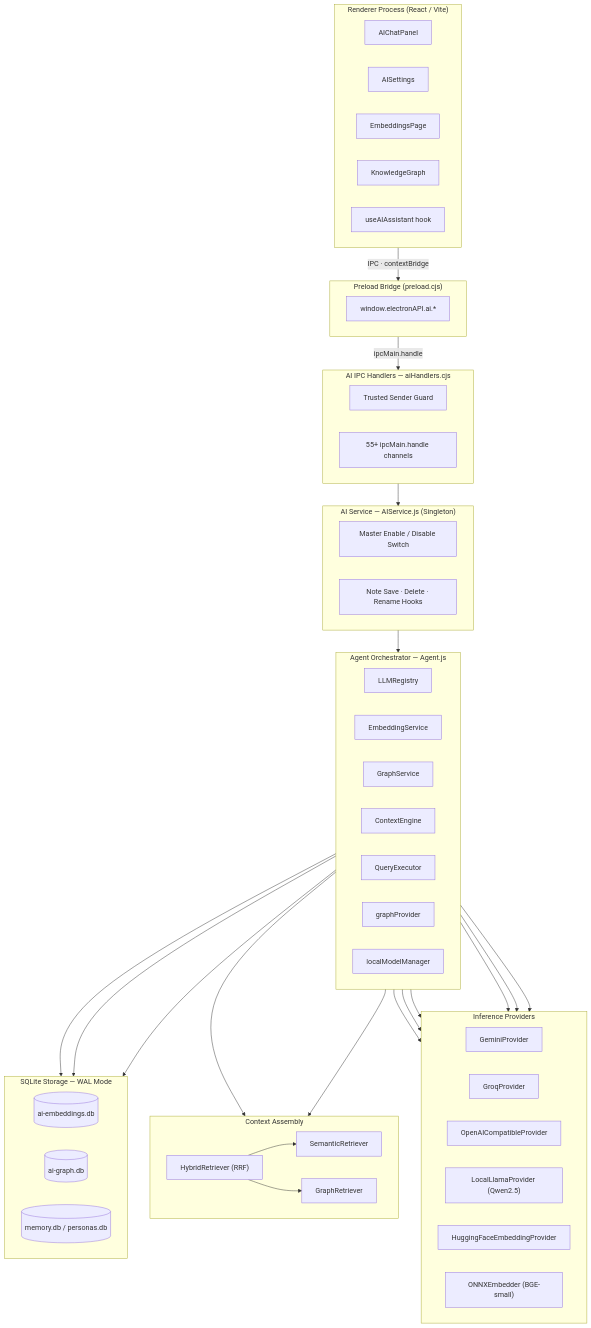
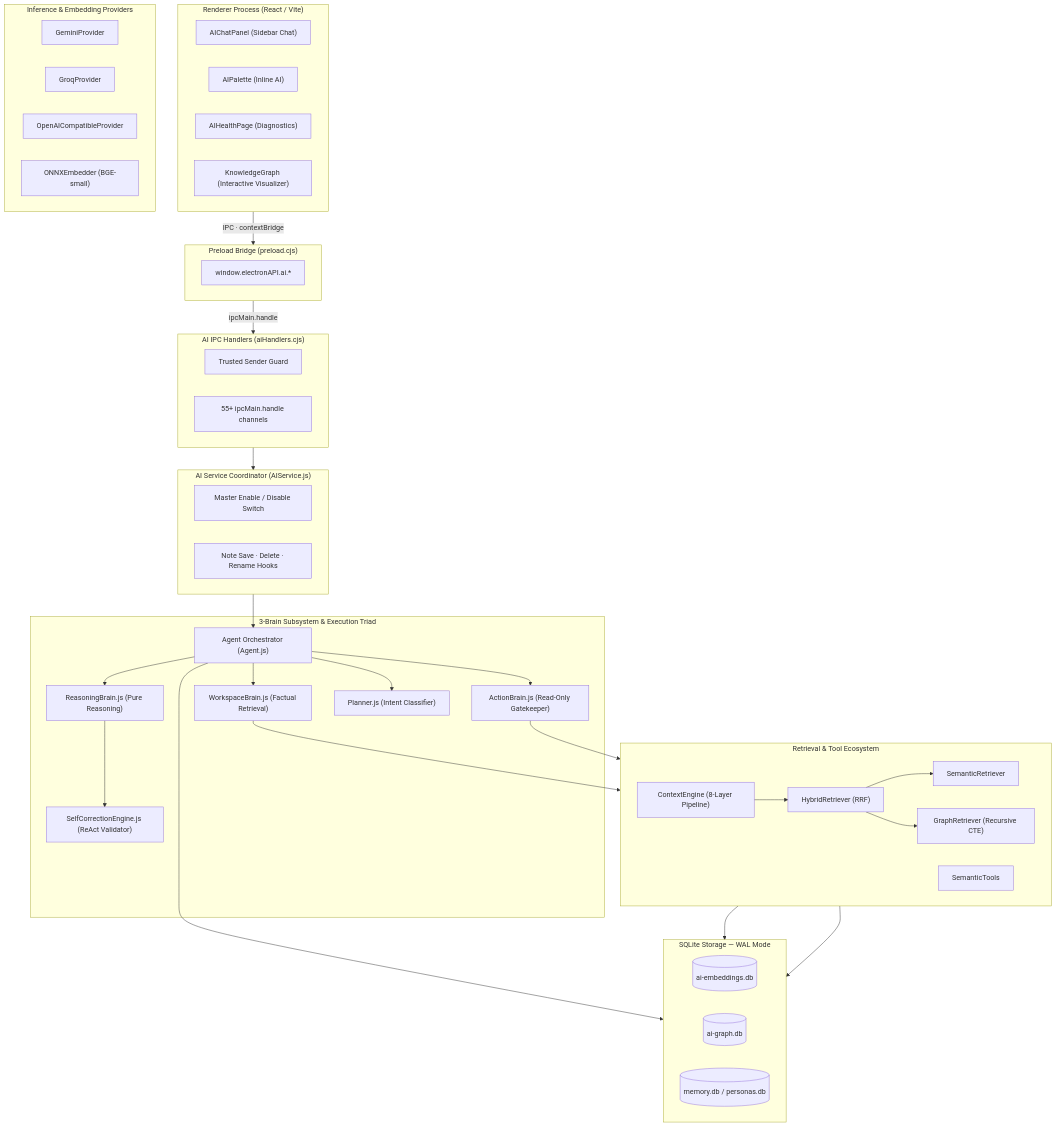
Before and after one commit to WGLabz/Notely: the diagram in docs/ai/architecture.md, drawn with Mermaid. The commit also changed other lines of this file and 25 other files, not shown here.

First line of the commit message:
feat(ai): add 3-Brain architecture, planner, ReAct self-correction & eval harness

````diff
--- a/docs/ai/architecture.md
+++ b/docs/ai/architecture.md
@@ -24,59 +18,66 @@
 ```mermaid
 flowchart TD
     subgraph Renderer["Renderer Process (React / Vite)"]
         direction LR
-        ACP["AIChatPanel"] & AIS["AISettings"] & EBP["EmbeddingsPage"] & KGV["KnowledgeGraph"]
-        UAI["useAIAssistant hook"]
+        AICP["AIChatPanel (Sidebar Chat)"] & AIP["AIPalette (Inline AI)"] & AIH["AIHealthPage (Diagnostics)"] & KGV["KnowledgeGraph (Interactive Visualizer)"]
     end
 
     subgraph Preload["Preload Bridge (preload.cjs)"]
         CB["window.electronAPI.ai.*"]
     end
 
-    subgraph Handlers["AI IPC Handlers — aiHandlers.cjs"]
+    subgraph Handlers["AI IPC Handlers (aiHandlers.cjs)"]
         TRUST["Trusted Sender Guard"]
         CHAN["55+ ipcMain.handle channels"]
     end
 
-    subgraph AIService["AI Service — AIService.js (Singleton)"]
+    subgraph AIService["AI Service Coordinator (AIService.js)"]
         SW["Master Enable / Disable Switch"]
         HOOKS["Note Save · Delete · Rename Hooks"]
     end
 
-    subgraph Agent["Agent Orchestrator — Agent.js"]
-        direction LR
-        LR["LLMRegistry"] & ES["EmbeddingService"] & GS["GraphService"] & CE["ContextEngine"] & QE["QueryExecutor"]
-        GP["graphProvider"] & LMM["localModelManager"]
+    subgraph Core ["3-Brain Subsystem & Execution Triad"]
+        Agent["Agent Orchestrator (Agent.js)"]
+        WB["WorkspaceBrain.js (Factual Retrieval)"]
+        RB["ReasoningBrain.js (Pure Reasoning)"]
+        AB["ActionBrain.js (Read-Only Gatekeeper)"]
+        PLN["Planner.js (Intent Classifier)"]
+        SCE["SelfCorrectionEngine.js (ReAct Validator)"]
     end
 
-    subgraph Providers["Inference Providers"]
+    subgraph Retrieval ["Retrieval & Tool Ecosystem"]
         direction LR
-        GEM["GeminiProvider"] & GRQ["GroqProvider"] & OAI["OpenAICompatibleProvider"] & LLP["LocalLlamaProvider (Qwen2.5)"]
-        HFEP["HuggingFaceEmbeddingProvider"] & ONNXE["ONNXEmbedder (BGE-small)"]
+        CE["ContextEngine (8-Layer Pipeline)"] & HR["HybridRetriever (RRF)"] & SR["SemanticRetriever"] & GR["GraphRetriever (Recursive CTE)"] & ST["SemanticTools"]
     end
 
-    subgraph Retrieval["Context Assembly"]
+    subgraph Providers ["Inference & Embedding Providers"]
         direction LR
-        SR["SemanticRetriever"] & GR["GraphRetriever"] & HR["HybridRetriever (RRF)"]
+        GEM["GeminiProvider"] & GRQ["GroqProvider"] & OAI["OpenAICompatibleProvider"] & ONNXE["ONNXEmbedder (BGE-small)"]
     end
 
-    subgraph Storage["SQLite Storage — WAL Mode"]
+    subgraph Storage ["SQLite Storage — WAL Mode"]
         direction LR
         EMBDB[("ai-embeddings.db")] & GRDB[("ai-graph.db")] & MEMDB[("memory.db / personas.db")]
     end
 
     Renderer -->|"IPC · contextBridge"| Preload
     Preload -->|"ipcMain.handle"| Handlers
     Handlers --> AIService
     AIService --> Agent
 
-    LR --> GEM & GRQ & OAI & LLP
-    ES --> HFEP & ONNXE
+    Agent --> WB
+    Agent --> RB
+    Agent --> AB
+    Agent --> PLN
 
-    CE --> SR & GR
+    WB --> CE
+    CE --> HR
     HR --> SR & GR
 
-    ES --> EMBDB
-    GS --> GRDB
-    CE --> MEMDB
+    SR --> EMBDB
+    GR --> GRDB
+    Agent --> MEMDB
+    
+    RB --> SCE
+    AB --> ST
 ```
````
